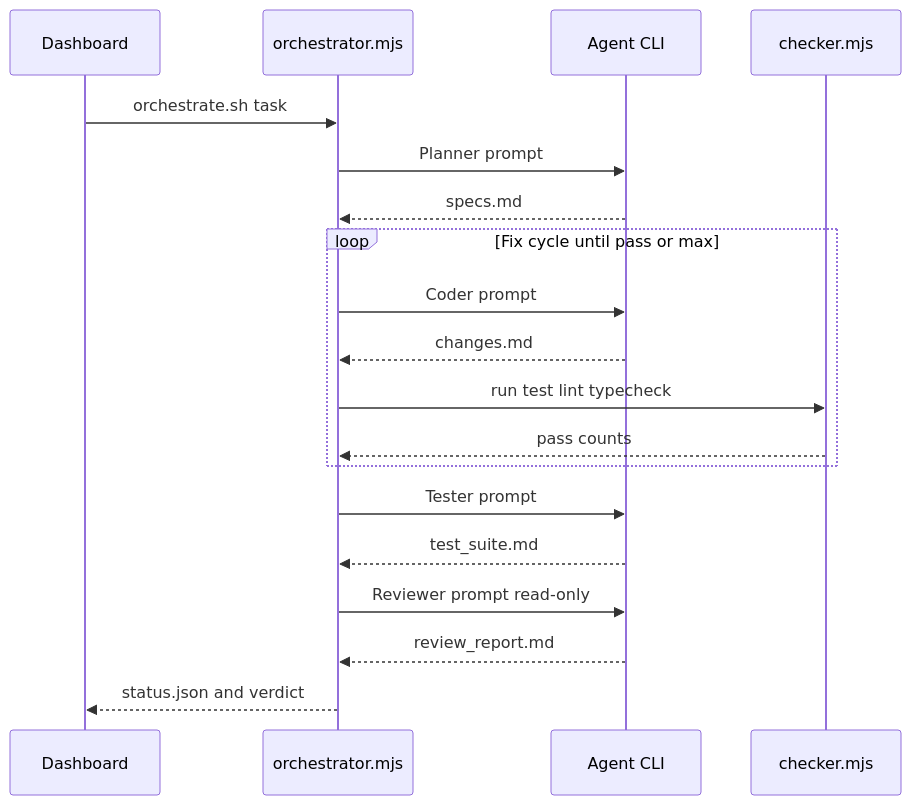
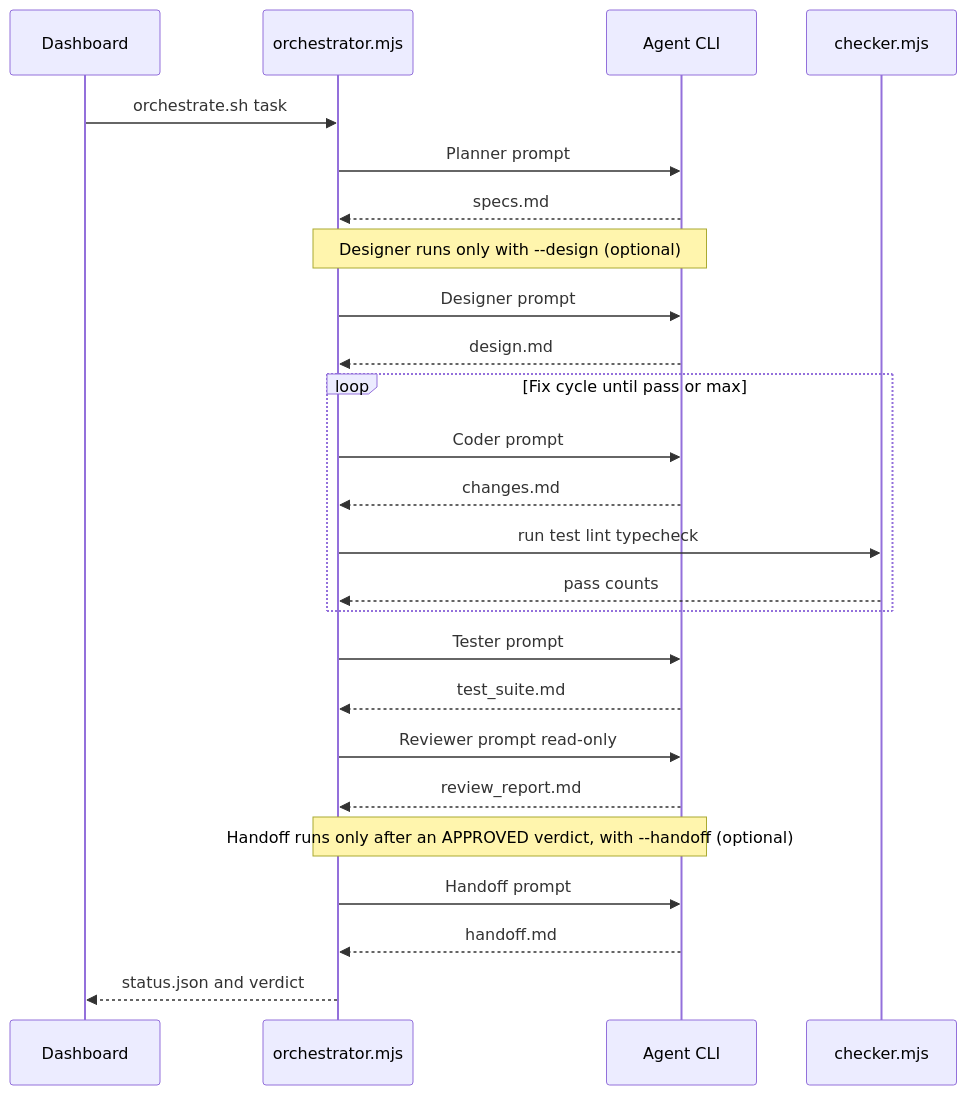
The second of 2 diagrams in README.md (isholaomotayo/orchestrator), drawn with Mermaid before and after one commit. The commit also changed other lines of this file and 1 other file, not shown here.

Commit message:
docs: six-stage pipeline in SKILL.md front matter and README diagrams

````diff
--- a/README.md
+++ b/README.md
@@ -73,22 +76,28 @@
 ```mermaid
 sequenceDiagram
     participant U as Dashboard
     participant O as orchestrator.mjs
     participant A as Agent CLI
     participant Ck as checker.mjs
 
     U->>O: orchestrate.sh task
     O->>A: Planner prompt
     A-->>O: specs.md
+    Note over O,A: Designer runs only with --design (optional)
+    O->>A: Designer prompt
+    A-->>O: design.md
     loop Fix cycle until pass or max
         O->>A: Coder prompt
         A-->>O: changes.md
         O->>Ck: run test lint typecheck
         Ck-->>O: pass counts
     end
     O->>A: Tester prompt
     A-->>O: test_suite.md
     O->>A: Reviewer prompt read-only
     A-->>O: review_report.md
+    Note over O,A: Handoff runs only after an APPROVED verdict, with --handoff (optional)
+    O->>A: Handoff prompt
+    A-->>O: handoff.md
     O-->>U: status.json and verdict
 ```
````
